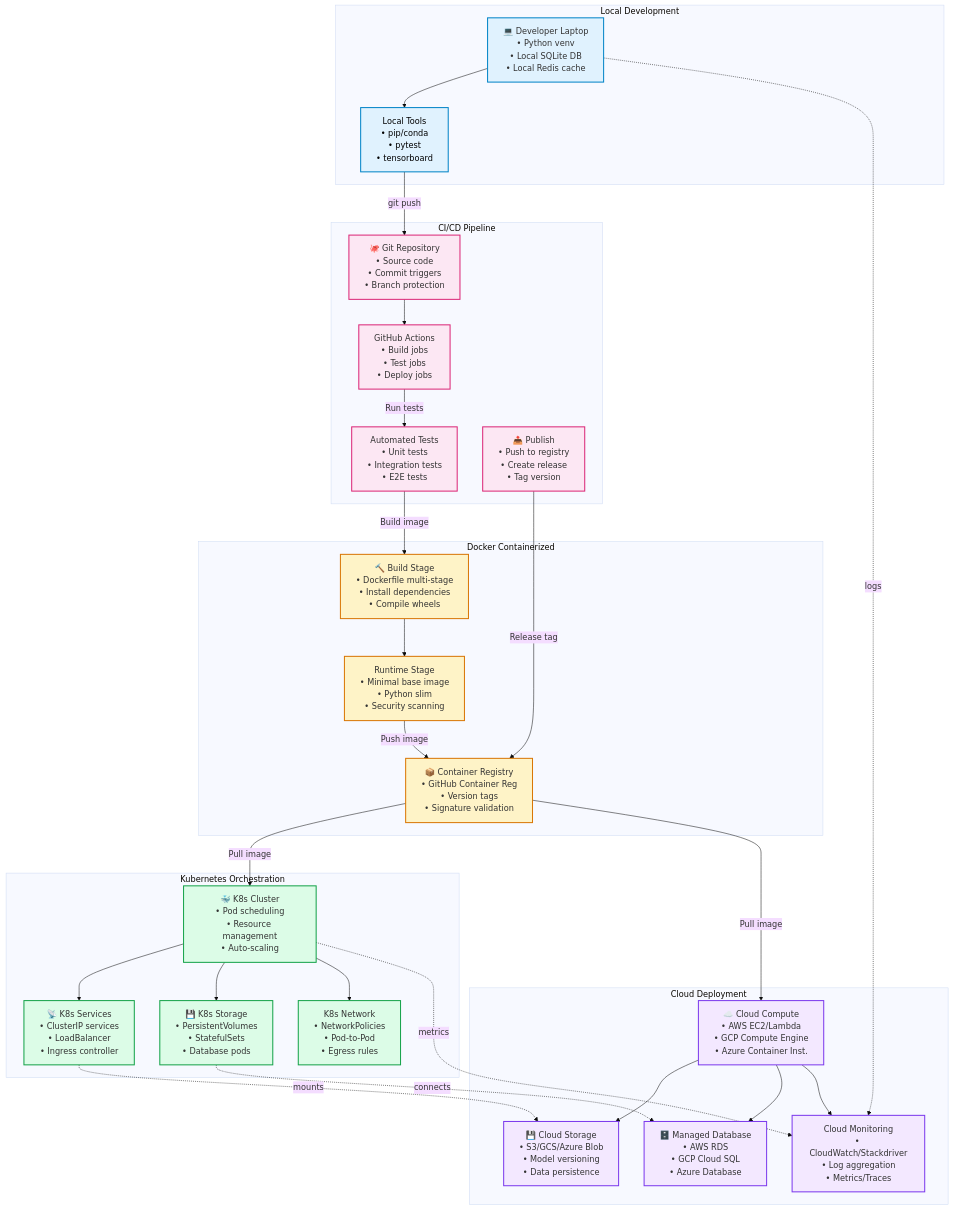
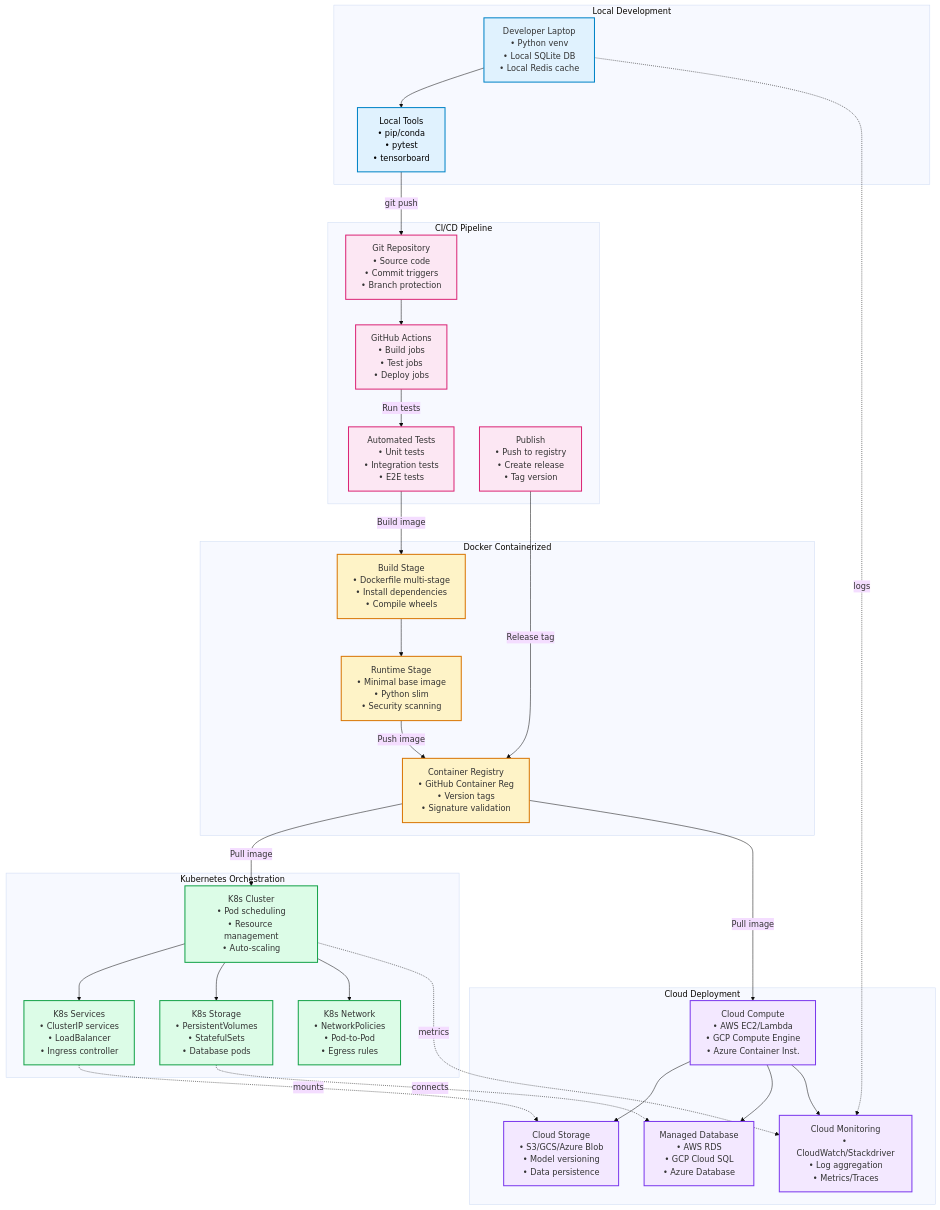
The diagram in docs/architecture/DEPLOYMENT_ARCHITECTURE.md (Aries-Serpent/_codex_), drawn with Mermaid before and after one commit. The commit also changed other lines of this file and 4117 other files, not shown here.

First line of the commit message:
Phase A: v0.2.0 Production Infrastructure Deployment - Ready for Release (#5334)

````diff
--- a/docs/architecture/DEPLOYMENT_ARCHITECTURE.md
+++ b/docs/architecture/DEPLOYMENT_ARCHITECTURE.md
@@ -13,88 +13,99 @@
 ```mermaid
 %%{init: {'accessibility': {'title': 'Deployment Architecture<br/>Local Docker Kubernetes Cloud'}, 'theme': 'base'}}%%
+
 graph TB
-    subgraph "Local Development"
-        LocalDev["💻 Developer Laptop<br/>• Python venv<br/>• Local SQLite DB<br/>• Local Redis cache"]
-        LocalTools[" Local Tools<br/>• pip/conda<br/>• pytest<br/>• tensorboard"]
-    end
+ subgraph "Local Development"
+ LocalDev[" Developer Laptop<br/>• Python venv<br/>• Local SQLite DB<br/>• Local Redis cache"]
+ LocalTools[" Local Tools<br/>• pip/conda<br/>• pytest<br/>• tensorboard"]
+ end
 
-    subgraph "Docker Containerized"
-        BuildStage["🔨 Build Stage<br/>• Dockerfile multi-stage<br/>• Install dependencies<br/>• Compile wheels"]
-        RuntimeStage[" Runtime Stage<br/>• Minimal base image<br/>• Python slim<br/>• Security scanning"]
-        Registry["📦 Container Registry<br/>• GitHub Container Reg<br/>• Version tags<br/>• Signature validation"]
-    end
+ subgraph "Docker Containerized"
+ BuildStage[" Build Stage<br/>• Dockerfile multi-stage<br/>• Install dependencies<br/>• Compile wheels"]
+ RuntimeStage[" Runtime Stage<br/>• Minimal base image<br/>• Python slim<br/>• Security scanning"]
+ Registry[" Container Registry<br/>• GitHub Container Reg<br/>• Version tags<br/>• Signature validation"]
+ end
 
-    subgraph "Kubernetes Orchestration"
-        K8sCluster["🐳 K8s Cluster<br/>• Pod scheduling<br/>• Resource management<br/>• Auto-scaling"]
-        K8sServices["📡 K8s Services<br/>• ClusterIP services<br/>• LoadBalancer<br/>• Ingress controller"]
-        K8sStorage["💾 K8s Storage<br/>• PersistentVolumes<br/>• StatefulSets<br/>• Database pods"]
-        K8sNet[" K8s Network<br/>• NetworkPolicies<br/>• Pod-to-Pod<br/>• Egress rules"]
-    end
+ subgraph "Kubernetes Orchestration"
+ K8sCluster[" K8s Cluster<br/>• Pod scheduling<br/>• Resource management<br/>• Auto-scaling"]
+ K8sServices[" K8s Services<br/>• ClusterIP services<br/>• LoadBalancer<br/>• Ingress controller"]
+ K8sStorage[" K8s Storage<br/>• PersistentVolumes<br/>• StatefulSets<br/>• Database pods"]
+ K8sNet[" K8s Network<br/>• NetworkPolicies<br/>• Pod-to-Pod<br/>• Egress rules"]
+ end
 
-    subgraph "Cloud Deployment"
-        CloudCompute["☁️ Cloud Compute<br/>• AWS EC2/Lambda<br/>• GCP Compute Engine<br/>• Azure Container Inst."]
-        CloudStorage["💾 Cloud Storage<br/>• S3/GCS/Azure Blob<br/>• Model versioning<br/>• Data persistence"]
-        CloudDB["🗄️ Managed Database<br/>• AWS RDS<br/>• GCP Cloud SQL<br/>• Azure Database"]
-        CloudMonitor[" Cloud Monitoring<br/>• CloudWatch/Stackdriver<br/>• Log aggregation<br/>• Metrics/Traces"]
-    end
+ subgraph "Cloud Deployment"
+ CloudCompute[" Cloud Compute<br/>• AWS EC2/Lambda<br/>• GCP Compute Engine<br/>• Azure Container Inst."]
+ CloudStorage[" Cloud Storage<br/>• S3/GCS/Azure Blob<br/>• Model versioning<br/>• Data persistence"]
+ CloudDB[" Managed Database<br/>• AWS RDS<br/>• GCP Cloud SQL<br/>• Azure Database"]
+ CloudMonitor[" Cloud Monitoring<br/>• CloudWatch/Stackdriver<br/>• Log aggregation<br/>• Metrics/Traces"]
+ end
 
-    subgraph "CI/CD Pipeline"
-        Git["🐙 Git Repository<br/>• Source code<br/>• Commit triggers<br/>• Branch protection"]
-        GHActions[" GitHub Actions<br/>• Build jobs<br/>• Test jobs<br/>• Deploy jobs"]
-        Tests[" Automated Tests<br/>• Unit tests<br/>• Integration tests<br/>• E2E tests"]
-        Publish["📤 Publish<br/>• Push to registry<br/>• Create release<br/>• Tag version"]
-    end
+ subgraph "CI/CD Pipeline"
+ Git[" Git Repository<br/>• Source code<br/>• Commit triggers<br/>• Branch protection"]
+ GHActions[" GitHub Actions<br/>• Build jobs<br/>• Test jobs<br/>• Deploy jobs"]
+ Tests[" Automated Tests<br/>• Unit tests<br/>• Integration tests<br/>• E2E tests"]
+ Publish[" Publish<br/>• Push to registry<br/>• Create release<br/>• Tag version"]
+ end
 
-    %% Deployment flow
-    LocalDev --> LocalTools
-    LocalTools -->|"git push"| Git
-    
-    Git --> GHActions
-    GHActions -->|"Run tests"| Tests
-    Tests -->|"Build image"| BuildStage
-    BuildStage --> RuntimeStage
-    RuntimeStage -->|"Push image"| Registry
-    
-    Registry -->|"Pull image"| K8sCluster
-    Registry -->|"Pull image"| CloudCompute
-    
-    K8sCluster --> K8sServices
-    K8sCluster --> K8sStorage
-    K8sCluster --> K8sNet
-    
-    K8sStorage -.connects.-> CloudDB
-    K8sServices -.mounts.-> CloudStorage
-    
-    CloudCompute --> CloudStorage
-    CloudCompute --> CloudDB
-    CloudCompute --> CloudMonitor
-    
-    Publish -->|"Release tag"| Registry
-    
-    %% Monitoring
-    K8sCluster -.metrics.-> CloudMonitor
-    LocalDev -.logs.-> CloudMonitor
-    
-    %% Styling
-    style LocalDev fill:#e0f2fe,stroke:#0284c7,stroke-width:2px
-    style LocalTools fill:#e0f2fe,stroke:#0284c7,stroke-width:2px,color:#000
-    
-    style BuildStage fill:#fef3c7,stroke:#d97706,stroke-width:2px
-    style RuntimeStage fill:#fef3c7,stroke:#d97706,stroke-width:2px
-    style Registry fill:#fef3c7,stroke:#d97706,stroke-width:2px
-    
-    style K8sCluster fill:#dcfce7,stroke:#16a34a,stroke-width:2px
-    style K8sServices fill:#dcfce7,stroke:#16a34a,stroke-width:2px
-    style K8sStorage fill:#dcfce7,stroke:#16a34a,stroke-width:2px
-    style K8sNet fill:#dcfce7,stroke:#16a34a,stroke-width:2px
-    
-    style CloudCompute fill:#f3e8ff,stroke:#7c3aed,stroke-width:2px
-    style CloudStorage fill:#f3e8ff,stroke:#7c3aed,stroke-width:2px
-    style CloudDB fill:#f3e8ff,stroke:#7c3aed,stroke-width:2px
-    style CloudMonitor fill:#f3e8ff,stroke:#7c3aed,stroke-width:2px
-    
-    style Git fill:#fce7f3,stroke:#db2777,stroke-width:2px
-    style GHActions fill:#fce7f3,stroke:#db2777,stroke-width:2px
-    style Tests fill:#fce7f3,stroke:#db2777,stroke-width:2px
-    style Publish fill:#fce7f3,stroke:#db2777,stroke-width:2px
+ %% Deployment flow
+ LocalDev --> LocalTools
+
+ LocalTools -->|"git push"| Git
+ 
+ Git --> GHActions
+
+ GHActions -->|"Run tests"| Tests
+
+ Tests -->|"Build image"| BuildStage
+
+ BuildStage --> RuntimeStage
+
+ RuntimeStage -->|"Push image"| Registry
+ 
+ Registry -->|"Pull image"| K8sCluster
+
+ Registry -->|"Pull image"| CloudCompute
+ 
+ K8sCluster --> K8sServices
+
+ K8sCluster --> K8sStorage
+
+ K8sCluster --> K8sNet
+ 
+ K8sStorage -.connects.-> CloudDB
+ K8sServices -.mounts.-> CloudStorage
+ 
+ CloudCompute --> CloudStorage
+
+ CloudCompute --> CloudDB
+
+ CloudCompute --> CloudMonitor
+ 
+ Publish -->|"Release tag"| Registry
+ 
+ %% Monitoring
+ K8sCluster -.metrics.-> CloudMonitor
+ LocalDev -.logs.-> CloudMonitor
+ 
+ %% Styling
+ style LocalDev fill:#e0f2fe,stroke:#0284c7,stroke-width:2px
+ style LocalTools fill:#e0f2fe,stroke:#0284c7,stroke-width:2px,color:#000
+ 
+ style BuildStage fill:#fef3c7,stroke:#d97706,stroke-width:2px
+ style RuntimeStage fill:#fef3c7,stroke:#d97706,stroke-width:2px
+ style Registry fill:#fef3c7,stroke:#d97706,stroke-width:2px
+ 
+ style K8sCluster fill:#dcfce7,stroke:#16a34a,stroke-width:2px
+ style K8sServices fill:#dcfce7,stroke:#16a34a,stroke-width:2px
+ style K8sStorage fill:#dcfce7,stroke:#16a34a,stroke-width:2px
+ style K8sNet fill:#dcfce7,stroke:#16a34a,stroke-width:2px
+ 
+ style CloudCompute fill:#f3e8ff,stroke:#7c3aed,stroke-width:2px
+ style CloudStorage fill:#f3e8ff,stroke:#7c3aed,stroke-width:2px
+ style CloudDB fill:#f3e8ff,stroke:#7c3aed,stroke-width:2px
+ style CloudMonitor fill:#f3e8ff,stroke:#7c3aed,stroke-width:2px
+ 
+ style Git fill:#fce7f3,stroke:#db2777,stroke-width:2px
+ style GHActions fill:#fce7f3,stroke:#db2777,stroke-width:2px
+ style Tests fill:#fce7f3,stroke:#db2777,stroke-width:2px
+ style Publish fill:#fce7f3,stroke:#db2777,stroke-width:2px
 ```
````
